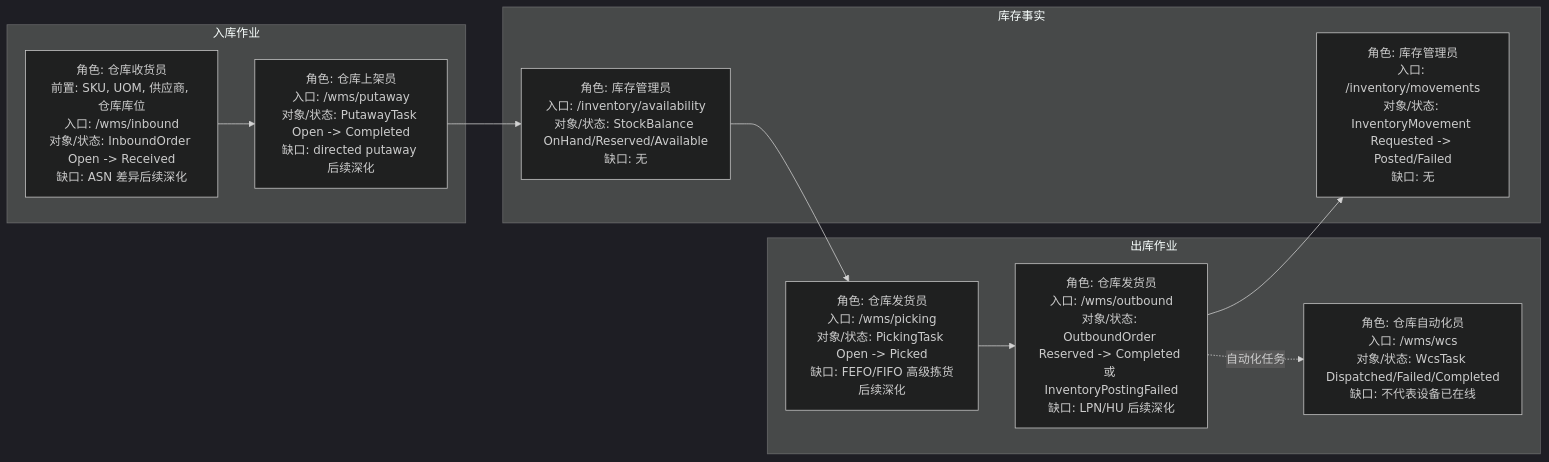
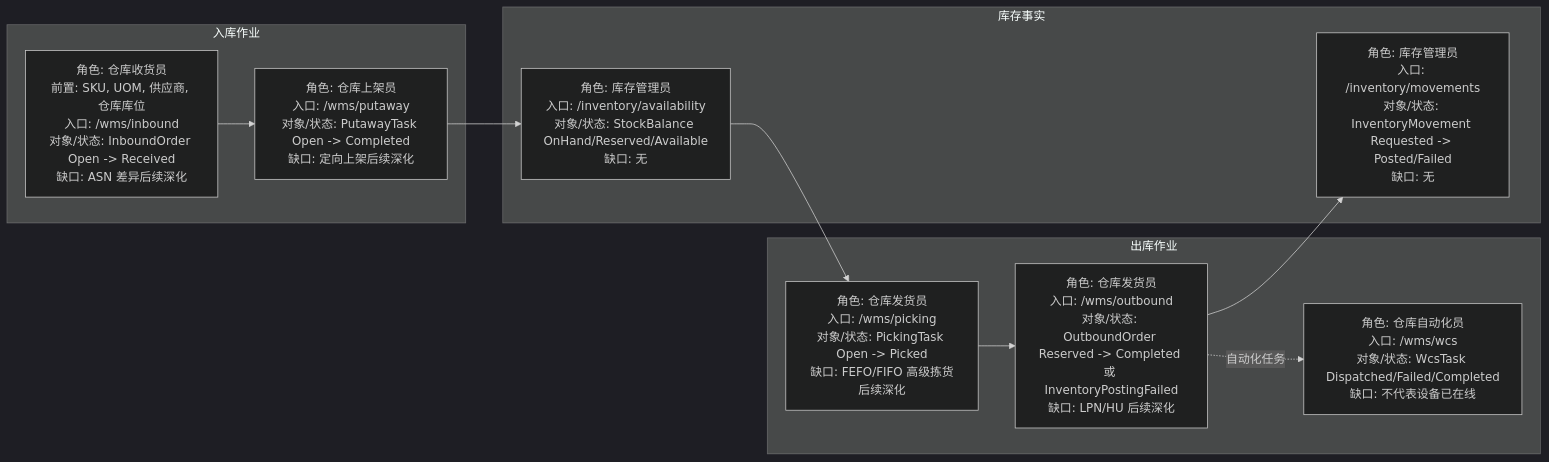
One commit to Mang-X/Nerv-IIP changed the third of 6 diagrams in frontend/apps/docs/docs/processes/index.md. Above: the diagram before and after it, drawn with Mermaid (dark theme). The commit also changed other lines of this file and 27 other files, not shown here.

````diff
--- a/frontend/apps/docs/docs/processes/index.md
+++ b/frontend/apps/docs/docs/processes/index.md
@@ -91,19 +91,19 @@
 ```mermaid
 flowchart LR
   subgraph Inbound["入库作业"]
     W1["角色: 仓库收货员<br/>前置: SKU, UOM, 供应商, 仓库库位<br/>入口: /wms/inbound<br/>对象/状态: InboundOrder Open -> Received<br/>缺口: ASN 差异后续深化"]
-    W2["角色: 仓库上架员<br/>入口: /wms/putaway<br/>对象/状态: PutawayTask Open -> Completed<br/>缺口: directed putaway 后续深化"]
+    W2["角色: 仓库上架员<br/>入口: /wms/putaway<br/>对象/状态: PutawayTask Open -> Completed<br/>缺口: 定向上架后续深化"]
   end
   subgraph Stock["库存事实"]
     I1["角色: 库存管理员<br/>入口: /inventory/availability<br/>对象/状态: StockBalance OnHand/Reserved/Available<br/>缺口: 无"]
     I2["角色: 库存管理员<br/>入口: /inventory/movements<br/>对象/状态: InventoryMovement Requested -> Posted/Failed<br/>缺口: 无"]
   end
   subgraph Outbound["出库作业"]
     W3["角色: 仓库发货员<br/>入口: /wms/picking<br/>对象/状态: PickingTask Open -> Picked<br/>缺口: FEFO/FIFO 高级拣货后续深化"]
     W4["角色: 仓库发货员<br/>入口: /wms/outbound<br/>对象/状态: OutboundOrder Reserved -> Completed 或 InventoryPostingFailed<br/>缺口: LPN/HU 后续深化"]
     W5["角色: 仓库自动化员<br/>入口: /wms/wcs<br/>对象/状态: WcsTask Dispatched/Failed/Completed<br/>缺口: 不代表设备已在线"]
   end
 
   W1 --> W2 --> I1 --> W3 --> W4 --> I2
   W4 -.自动化任务.-> W5
 ```
````
